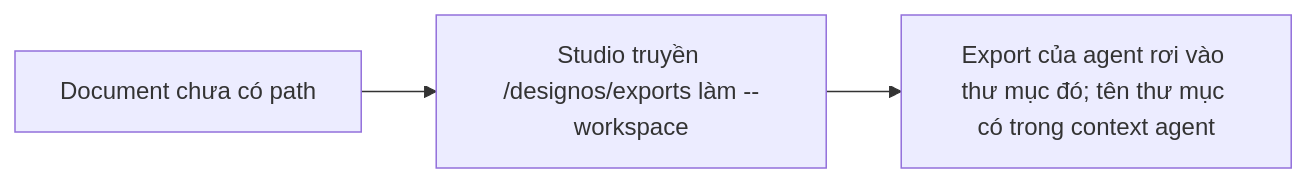
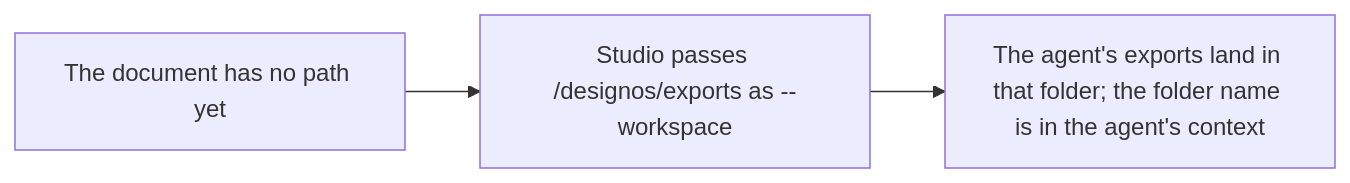
Before and after one commit to jangtrinh/design-os-studio: the diagram in plans/specs/v0.7-effects-export/us/US-08.md, drawn with Mermaid. The commit also changed other lines of this file and 38 other files, not shown here.

````diff
--- a/plans/specs/v0.7-effects-export/us/US-08.md
+++ b/plans/specs/v0.7-effects-export/us/US-08.md
@@ -42,5 +42,5 @@
 ```mermaid
 flowchart LR
-  A["Document chưa có path"] --> B["Studio truyền <data dir>/designos/exports làm --workspace"]
-  B --> C["Export của agent rơi vào thư mục đó; tên thư mục có trong context agent"]
+  A["The document has no path yet"] --> B["Studio passes <data dir>/designos/exports as --workspace"]
+  B --> C["The agent's exports land in that folder; the folder name is in the agent's context"]
 ```
````
